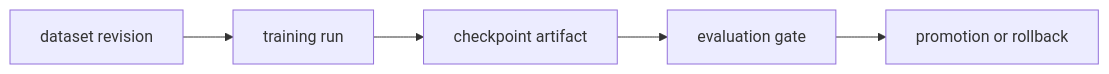
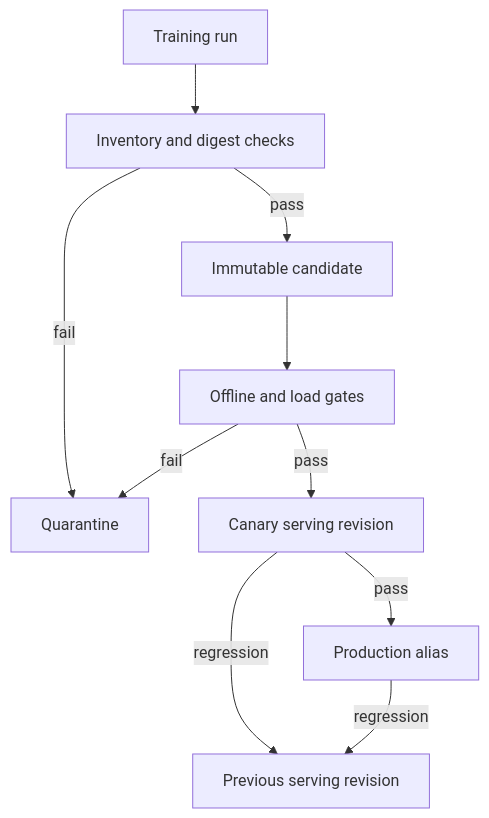
One commit to daegyu94/post-training-lab changed the diagram in docs/design.md. Above: the diagram before and after it, drawn with Mermaid. The commit also changed other lines of this file and 21 other files, not shown here.

````diff
--- a/docs/design.md
+++ b/docs/design.md
@@ -8,7 +40,12 @@
 ```mermaid
-flowchart LR
-    D["dataset revision"] --> T["training run"]
-    T --> C["checkpoint artifact"]
-    C --> E["evaluation gate"]
-    E --> P["promotion or rollback"]
+flowchart TD
+    R["Training run"] --> I["Inventory and digest checks"]
+    I -->|pass| C["Immutable candidate"]
+    I -->|fail| Q["Quarantine"]
+    C --> E["Offline and load gates"]
+    E -->|pass| S["Canary serving revision"]
+    E -->|fail| Q
+    S -->|pass| P["Production alias"]
+    S -->|regression| B["Previous serving revision"]
+    P -->|regression| B
 ```
````
